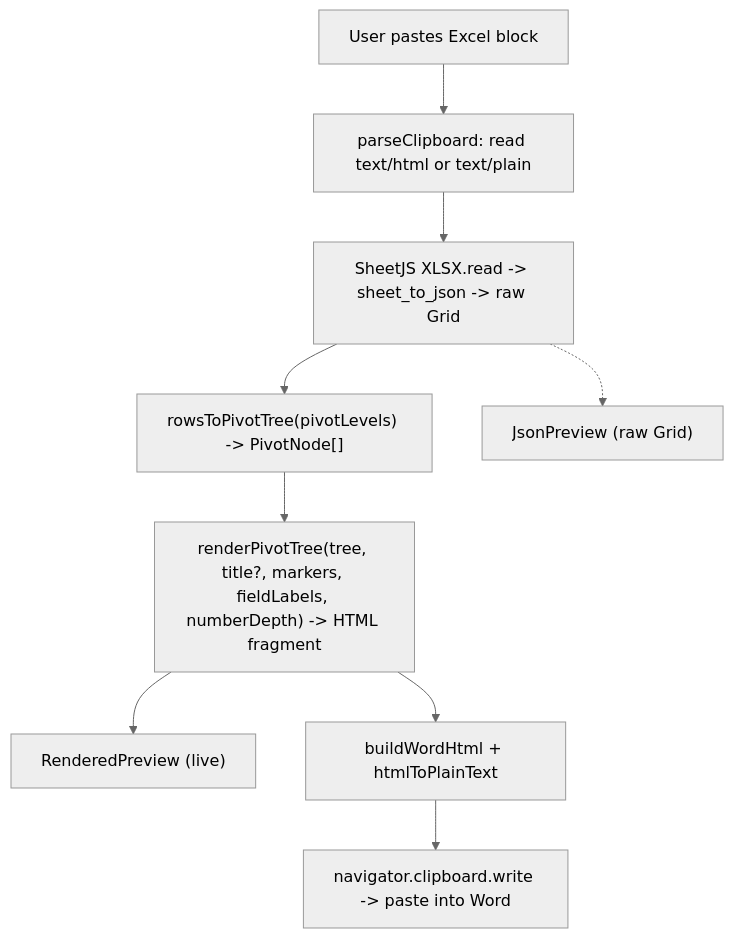
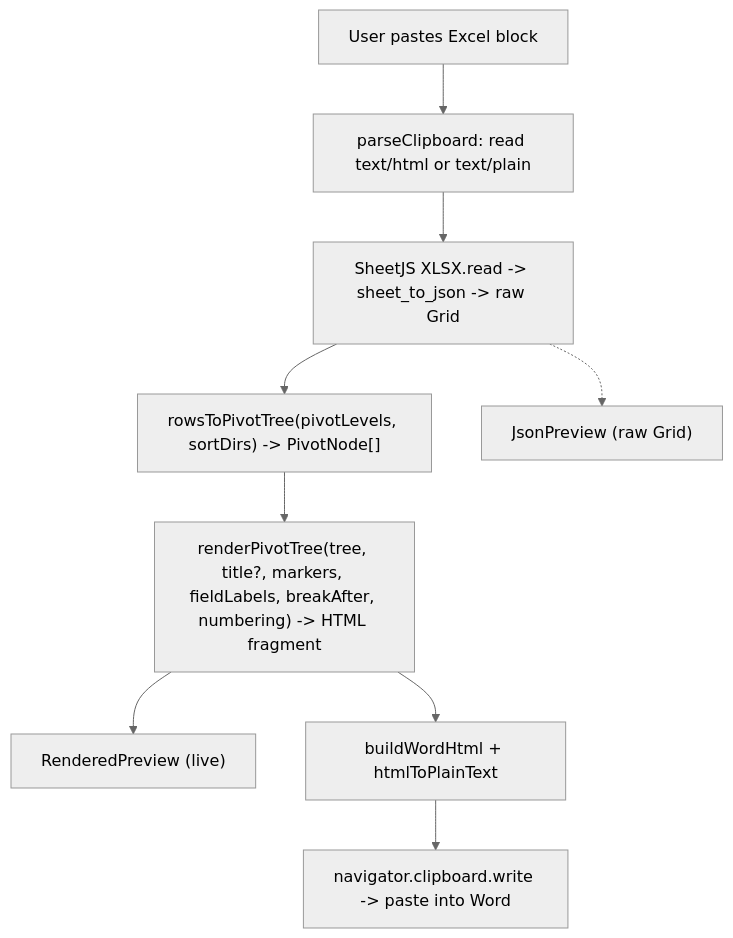
The diagram in docs/ARCHITECTURE.md (maybiiLen/Excel-Parser-), drawn with Mermaid (neutral theme) before and after one commit. The commit also changed other lines of this file and 14 other files, not shown here.

````diff
--- a/docs/ARCHITECTURE.md
+++ b/docs/ARCHITECTURE.md
@@ -66,15 +66,15 @@
 ```mermaid
 flowchart TD
     A["User pastes Excel block"]
     B["parseClipboard: read text/html or text/plain"]
     C["SheetJS XLSX.read -> sheet_to_json -> raw Grid"]
-    PV["rowsToPivotTree(pivotLevels) -> PivotNode[]"]
-    RP["renderPivotTree(tree, title?, markers, fieldLabels, numberDepth) -> HTML fragment"]
+    PV["rowsToPivotTree(pivotLevels, sortDirs) -> PivotNode[]"]
+    RP["renderPivotTree(tree, title?, markers, fieldLabels, breakAfter, numbering) -> HTML fragment"]
     P["RenderedPreview (live)"]
     J["JsonPreview (raw Grid)"]
     W["buildWordHtml + htmlToPlainText"]
     X["navigator.clipboard.write -> paste into Word"]
     A --> B --> C --> PV --> RP --> P
     C -.-> J
     RP --> W --> X
 ```
````
